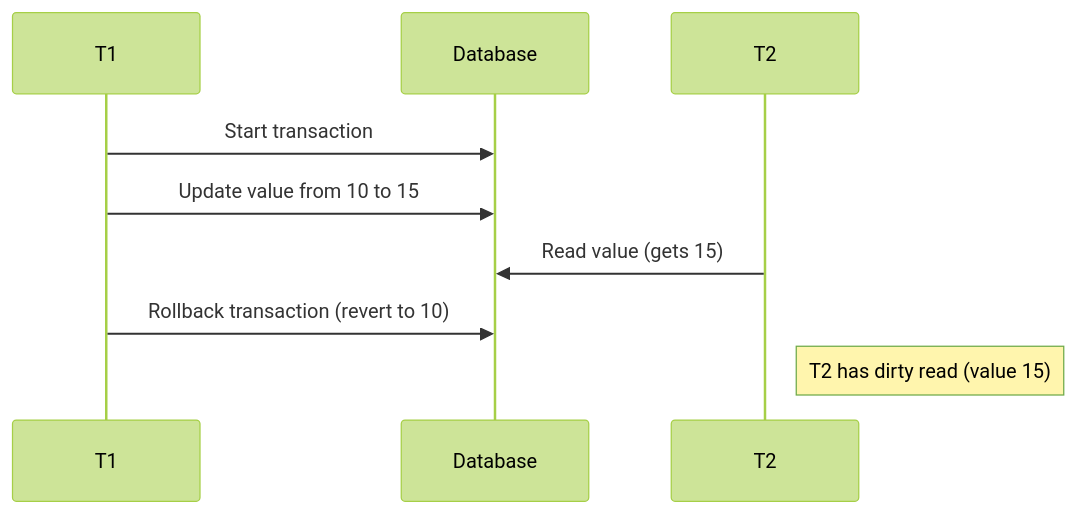
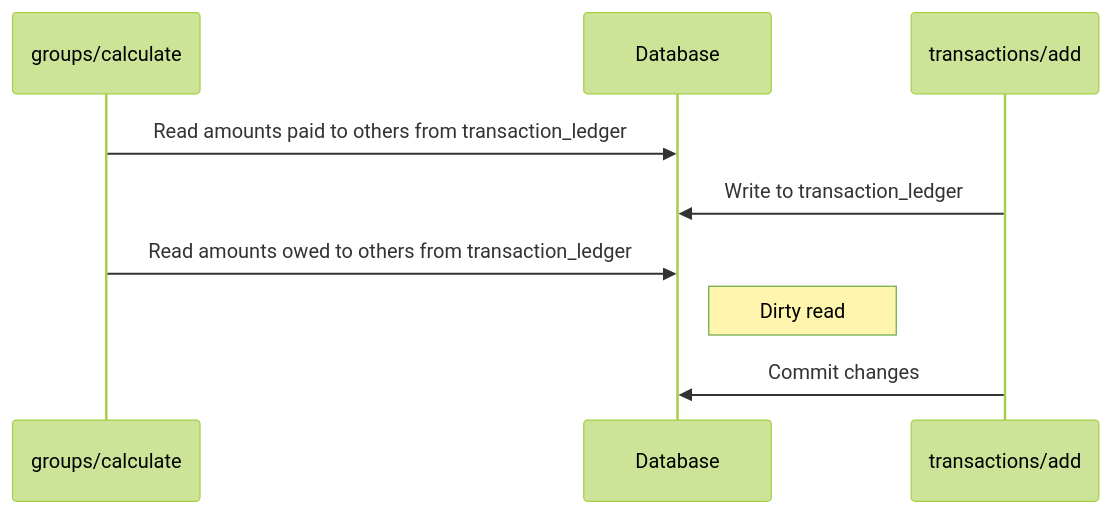
One commit to electropicks/Payback changed the second of 2 diagrams in docs/concurrency.md. Above: the diagram before and after it, drawn with Mermaid (forest theme). The commit also changed other lines of this file, not shown here.

````diff
--- a/docs/concurrency.md
+++ b/docs/concurrency.md
@@ -42,12 +20,12 @@
 ```mermaid
 sequenceDiagram
-    participant T1
+    participant groups/calculate
     participant Database
-    participant T2
+    participant transactions/add
 
-    T1->>Database: Start transaction
-    T1->>Database: Update value from 10 to 15
-    T2->>Database: Read value (gets 15)
-    T1->>Database: Rollback transaction (revert to 10)
-    Note right of T2: T2 has dirty read (value 15)
+    groups/calculate->>Database: Read amounts paid to others from transaction_ledger 
+    transactions/add->>Database: Write to transaction_ledger
+    groups/calculate->>Database: Read amounts owed to others from transaction_ledger
+    Note right of Database: Dirty read
+    transactions/add->>Database: Commit changes
 ```
````
